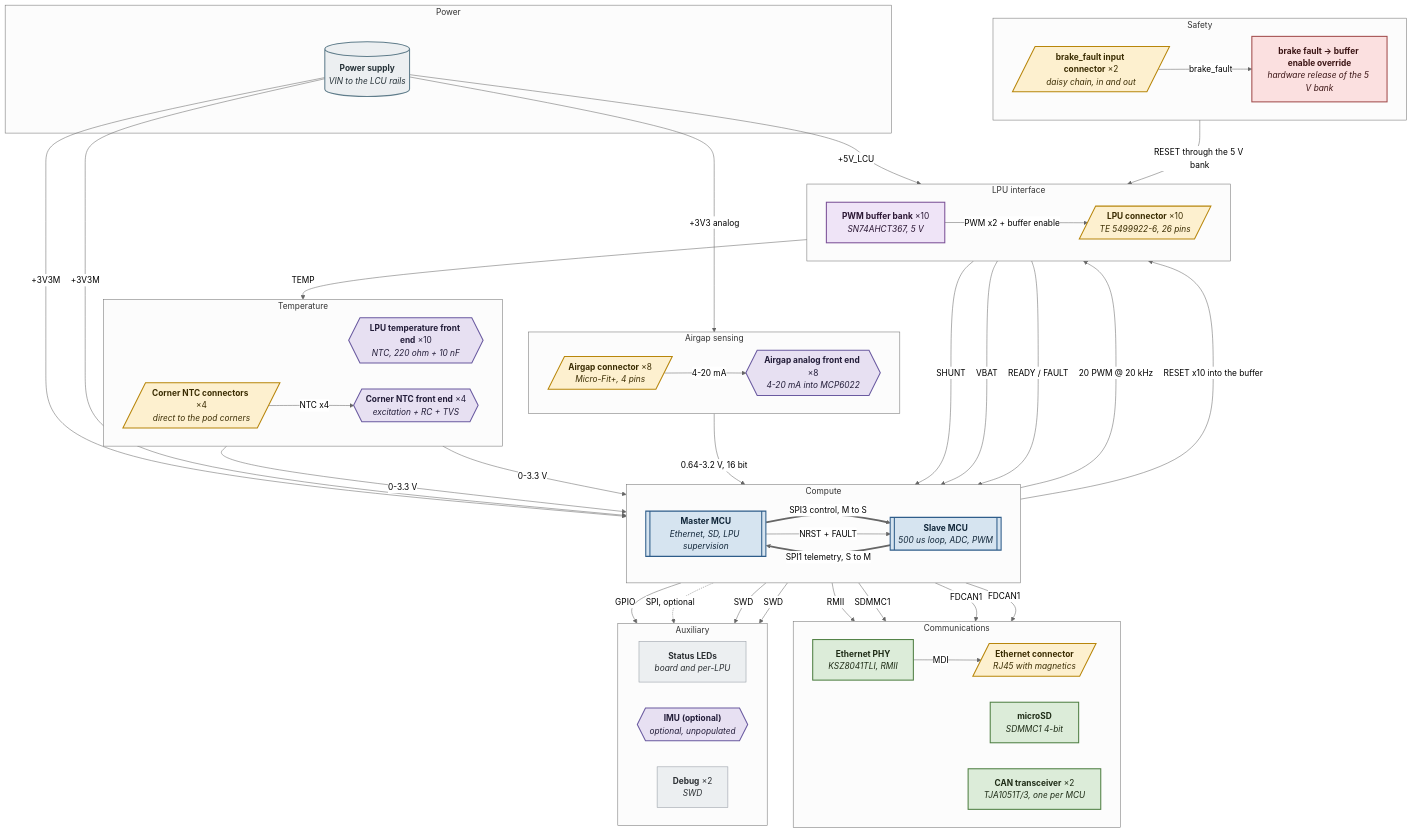
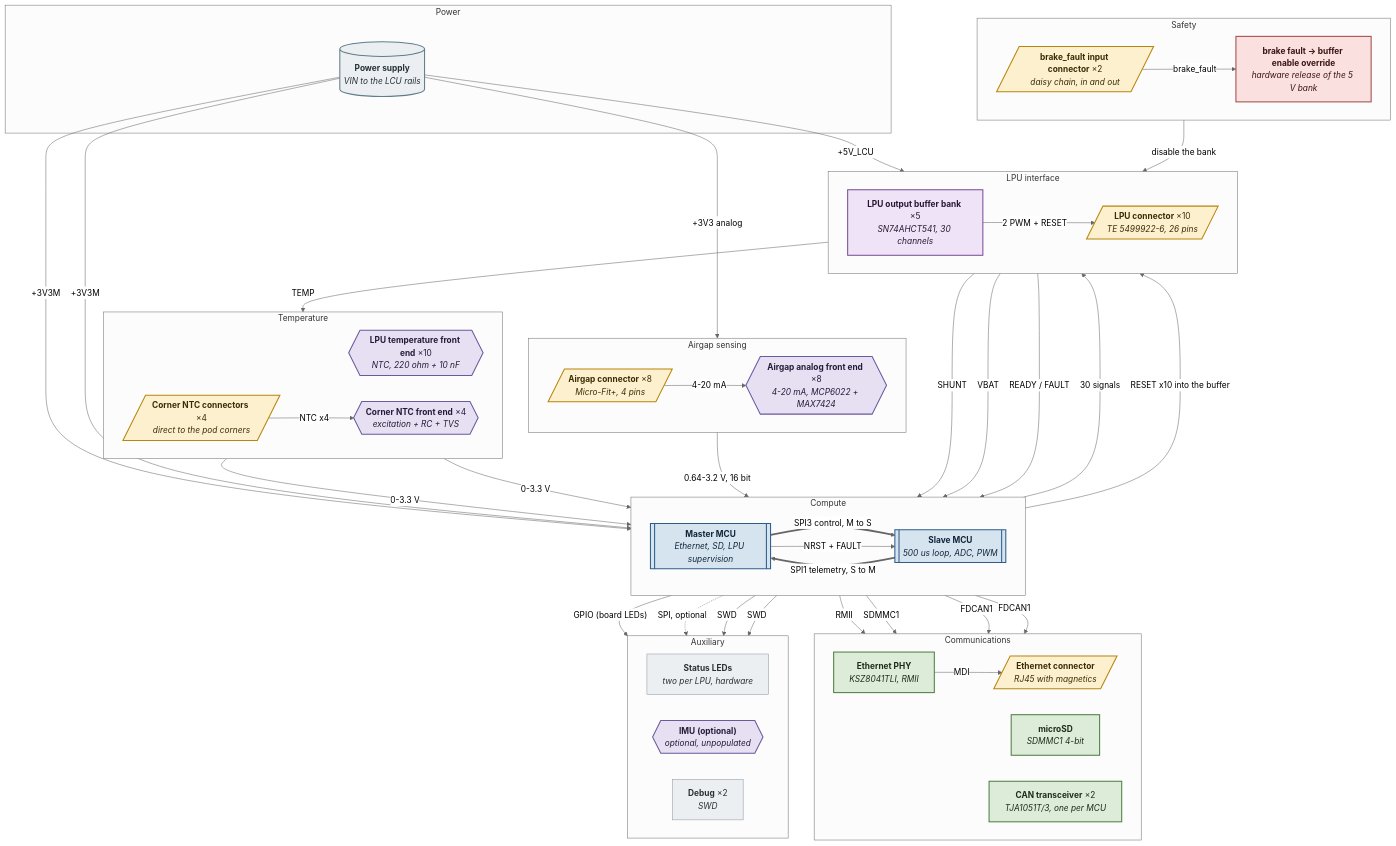
The diagram in H12/LCU/docs/phase0/generated/blocks.md (Hyperloop-UPV/Hardware), drawn with Mermaid (neutral theme) before and after one commit. The commit also changed 11 other files, not shown here.

````diff
--- a/H12/LCU/docs/phase0/generated/blocks.md
+++ b/H12/LCU/docs/phase0/generated/blocks.md
@@ -17,19 +17,19 @@
     subgraph G_Communications["Communications"]
         direction LR
         eth["<b>Ethernet PHY</b><br/><i>KSZ8041TLI, RMII</i>"]
+        if_eth[/"<b>Ethernet connector</b><br/><i>RJ45 with magnetics</i>"/]
         sd["<b>microSD</b><br/><i>SDMMC1 4-bit</i>"]
         can["<b>CAN transceiver</b> ×2<br/><i>TJA1051T/3, one per MCU</i>"]
-        if_eth[/"<b>Ethernet connector</b><br/><i>RJ45 with magnetics</i>"/]
     end
     subgraph G_LPU_interface["LPU interface"]
         direction LR
-        lpu_buf["<b>PWM buffer bank</b> ×10<br/><i>SN74AHCT367, 5 V</i>"]
+        lpu_buf["<b>LPU output buffer bank</b> ×5<br/><i>SN74AHCT541, 30 channels</i>"]
         lpu_conn[/"<b>LPU connector</b> ×10<br/><i>TE 5499922-6, 26 pins</i>"/]
     end
     subgraph G_Airgap_sensing["Airgap sensing"]
         direction LR
-        agp_afe{{"<b>Airgap analog front end</b> ×8<br/><i>4-20 mA into MCP6022</i>"}}
         agp_conn[/"<b>Airgap connector</b> ×8<br/><i>Micro-Fit+, 4 pins</i>"/]
+        agp_afe{{"<b>Airgap analog front end</b> ×8<br/><i>4-20 mA, MCP6022 + MAX7424</i>"}}
     end
     subgraph G_Temperature["Temperature"]
         direction LR
@@ -44,7 +44,7 @@
     end
     subgraph G_Auxiliary["Auxiliary"]
         direction LR
-        leds["<b>Status LEDs</b><br/><i>board and per-LPU</i>"]
+        leds["<b>Status LEDs</b><br/><i>two per LPU, hardware</i>"]
         imu{{"<b>IMU (optional)</b><br/><i>optional, unpopulated</i>"}}
         dbg["<b>Debug</b> ×2<br/><i>SWD</i>"]
     end
@@ -60,8 +60,8 @@
     mcu_master -->|"SDMMC1"| sd
     mcu_master -->|"FDCAN1"| can
     mcu_slave -->|"FDCAN1"| can
-    mcu_slave -->|"20 PWM @ 20 kHz"| lpu_buf
-    lpu_buf -->|"PWM x2 + buffer enable"| lpu_conn
+    mcu_slave -->|"30 signals"| lpu_buf
+    lpu_buf -->|"2 PWM + RESET"| lpu_conn
     lpu_conn -->|"SHUNT"| mcu_slave
     lpu_conn -->|"VBAT"| mcu_master
     lpu_conn -->|"TEMP"| tmp
@@ -69,12 +69,12 @@
     lpu_conn -->|"READY / FAULT"| mcu_master
     mcu_master -->|"RESET x10 into the buffer"| lpu_conn
     brake_conn -->|"brake_fault"| lpu_rst_logic
-    lpu_rst_logic -->|"RESET through the 5 V bank"| lpu_conn
+    lpu_rst_logic -->|"disable the bank"| lpu_buf
     agp_conn -->|"4-20 mA"| agp_afe
     agp_afe -->|"0.64-3.2 V, 16 bit"| mcu_slave
     if_ntc -->|"NTC x4"| ntc_afe
     ntc_afe -->|"0-3.3 V"| mcu_slave
-    mcu_master -->|"GPIO"| leds
+    mcu_master -->|"GPIO (board LEDs)"| leds
     mcu_master -.->|"SPI, optional"| imu
     mcu_master -->|"SWD"| dbg
     mcu_slave -->|"SWD"| dbg
@@ -90,19 +90,19 @@
     class mcu_master mcu
     class mcu_slave mcu
     class eth comms
+    class if_eth conn
     class sd comms
     class can comms
     class lpu_buf driver
     class lpu_conn conn
+    class agp_conn conn
     class agp_afe analog
-    class agp_conn conn
     class tmp analog
+    class if_ntc conn
+    class ntc_afe analog
     class lpu_rst_logic logic
     class brake_conn conn
     class leds aux
     class imu analog
     class dbg aux
-    class if_eth conn
-    class if_ntc conn
-    class ntc_afe analog
 ```
````
